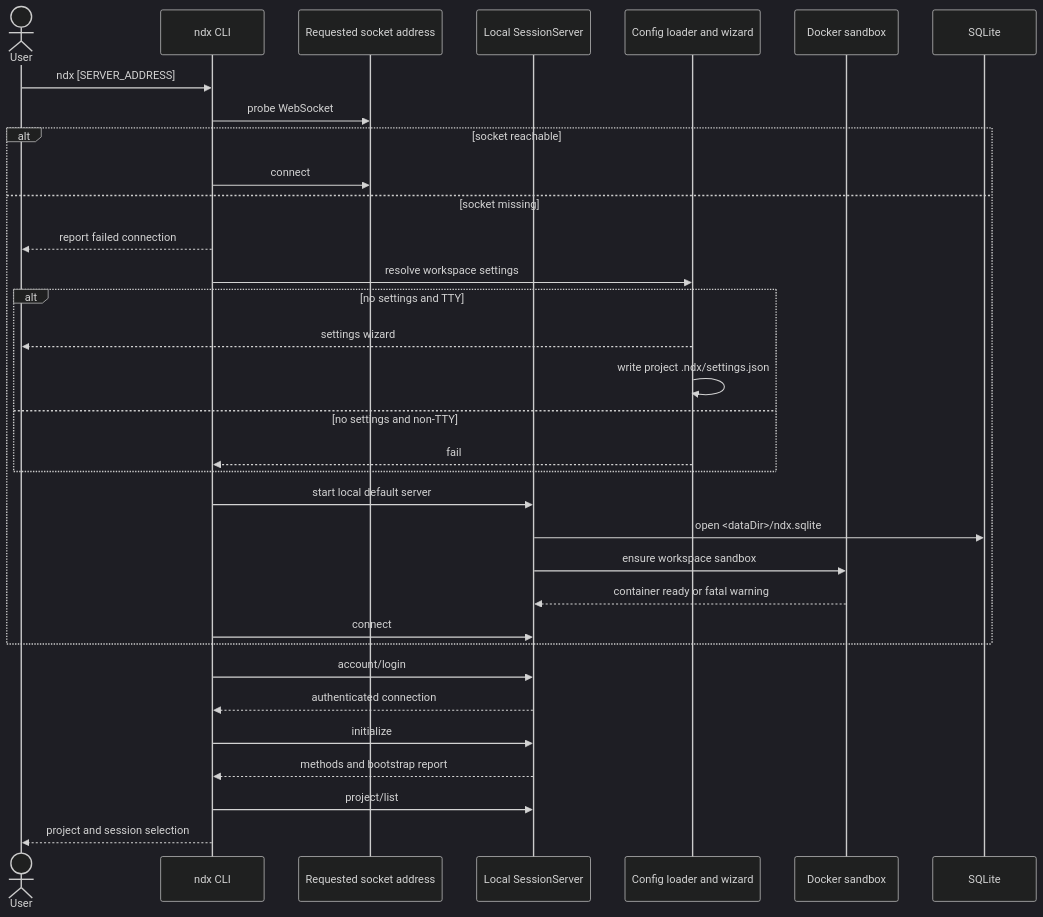
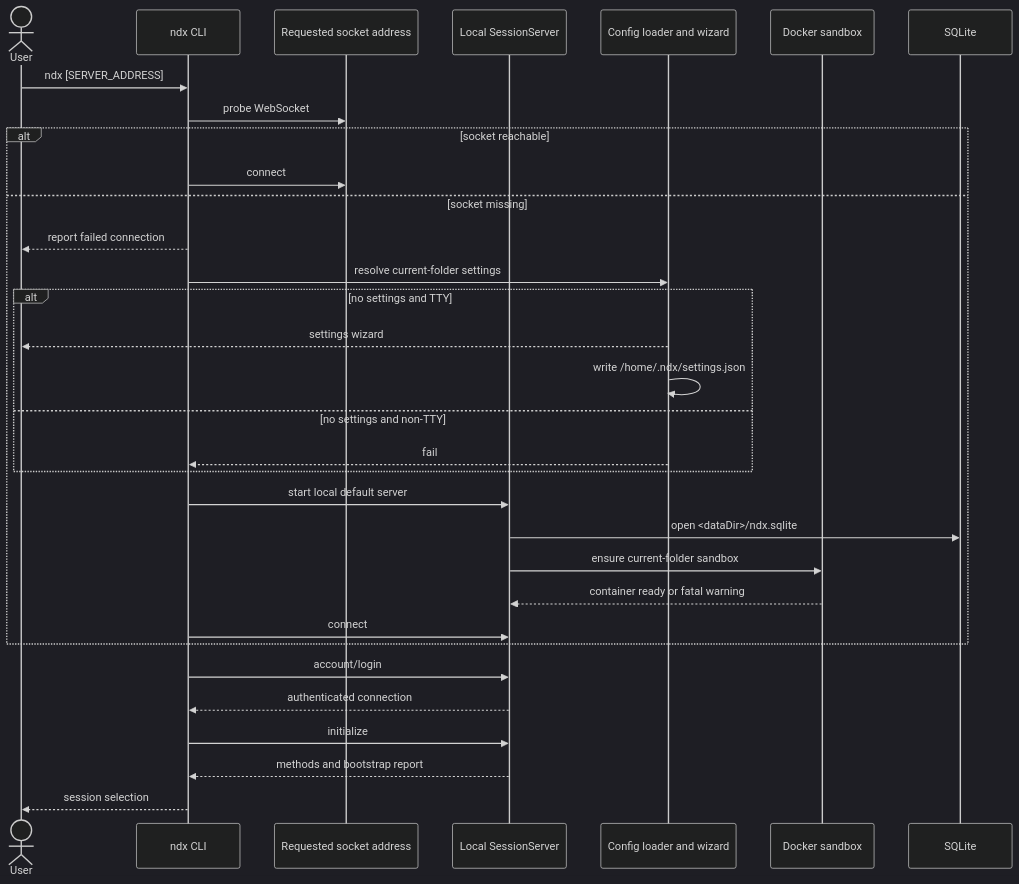
One commit to hikaMaeng/ndx changed the third of 20 diagrams in docs/system-architecture.md. Above: the diagram before and after it, drawn with Mermaid (dark theme). The commit also changed other lines of this file and 31 other files, not shown here.

Commit message:
fix: align CLI startup and sandbox ownership

````diff
--- a/docs/system-architecture.md
+++ b/docs/system-architecture.md
@@ -108,36 +108,35 @@
 ```mermaid
 sequenceDiagram
   actor User
   participant CLI as ndx CLI
   participant Socket as Requested socket address
   participant Server as Local SessionServer
   participant Config as Config loader and wizard
   participant Docker as Docker sandbox
   participant DB as SQLite
 
   User->>CLI: ndx [SERVER_ADDRESS]
   CLI->>Socket: probe WebSocket
   alt socket reachable
     CLI->>Socket: connect
   else socket missing
     CLI-->>User: report failed connection
-    CLI->>Config: resolve workspace settings
+    CLI->>Config: resolve current-folder settings
     alt no settings and TTY
       Config-->>User: settings wizard
-      Config->>Config: write project .ndx/settings.json
+      Config->>Config: write /home/.ndx/settings.json
     else no settings and non-TTY
       Config-->>CLI: fail
     end
     CLI->>Server: start local default server
     Server->>DB: open <dataDir>/ndx.sqlite
-    Server->>Docker: ensure workspace sandbox
+    Server->>Docker: ensure current-folder sandbox
     Docker-->>Server: container ready or fatal warning
     CLI->>Server: connect
   end
   CLI->>Server: account/login
   Server-->>CLI: authenticated connection
   CLI->>Server: initialize
   Server-->>CLI: methods and bootstrap report
-  CLI->>Server: project/list
-  CLI-->>User: project and session selection
+  CLI-->>User: session selection
 ```
````
